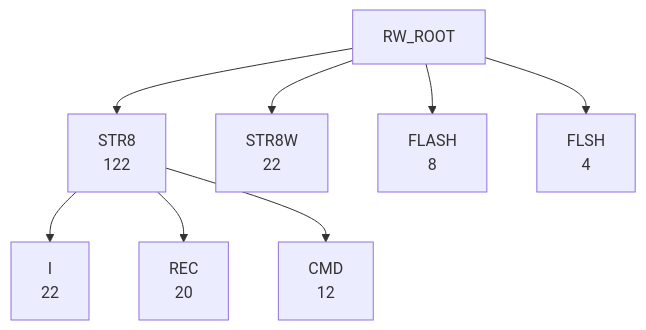
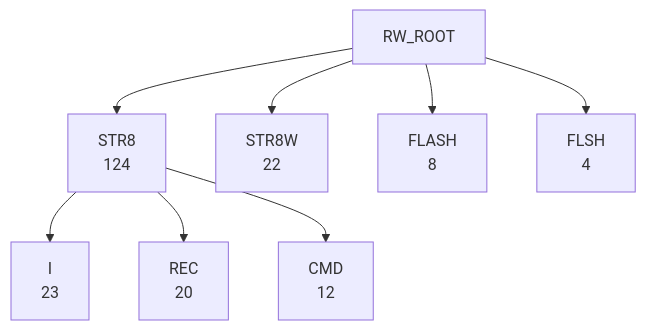
The fifth of 6 diagrams in DOC/GENERATED/ROUTINE_WORD_TREE.md (95westus/R-YORS), drawn with Mermaid before and after one commit. The commit also changed other lines of this file and 24 other files, not shown here.

````diff
--- a/DOC/GENERATED/ROUTINE_WORD_TREE.md
+++ b/DOC/GENERATED/ROUTINE_WORD_TREE.md
@@ -77,10 +77,10 @@
 ```mermaid
 flowchart TD
-    RW_ROOT --> RW_STR8["STR8<br/>122"]
+    RW_ROOT --> RW_STR8["STR8<br/>124"]
     RW_ROOT --> RW_STR8W["STR8W<br/>22"]
     RW_ROOT --> RW_FLASH["FLASH<br/>8"]
     RW_ROOT --> RW_FLSH["FLSH<br/>4"]
-    RW_STR8 --> RW_STR8_I["I<br/>22"]
+    RW_STR8 --> RW_STR8_I["I<br/>23"]
     RW_STR8 --> RW_STR8_REC["REC<br/>20"]
     RW_STR8 --> RW_STR8_CMD["CMD<br/>12"]
 ```
````
